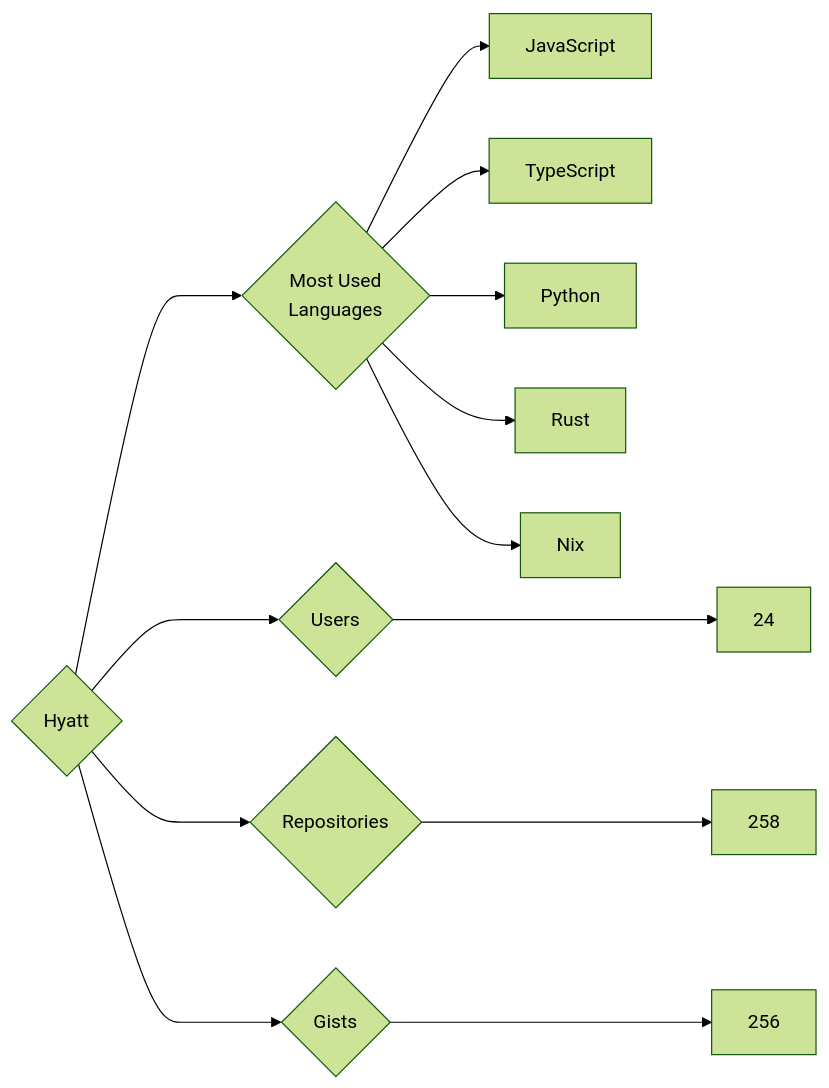
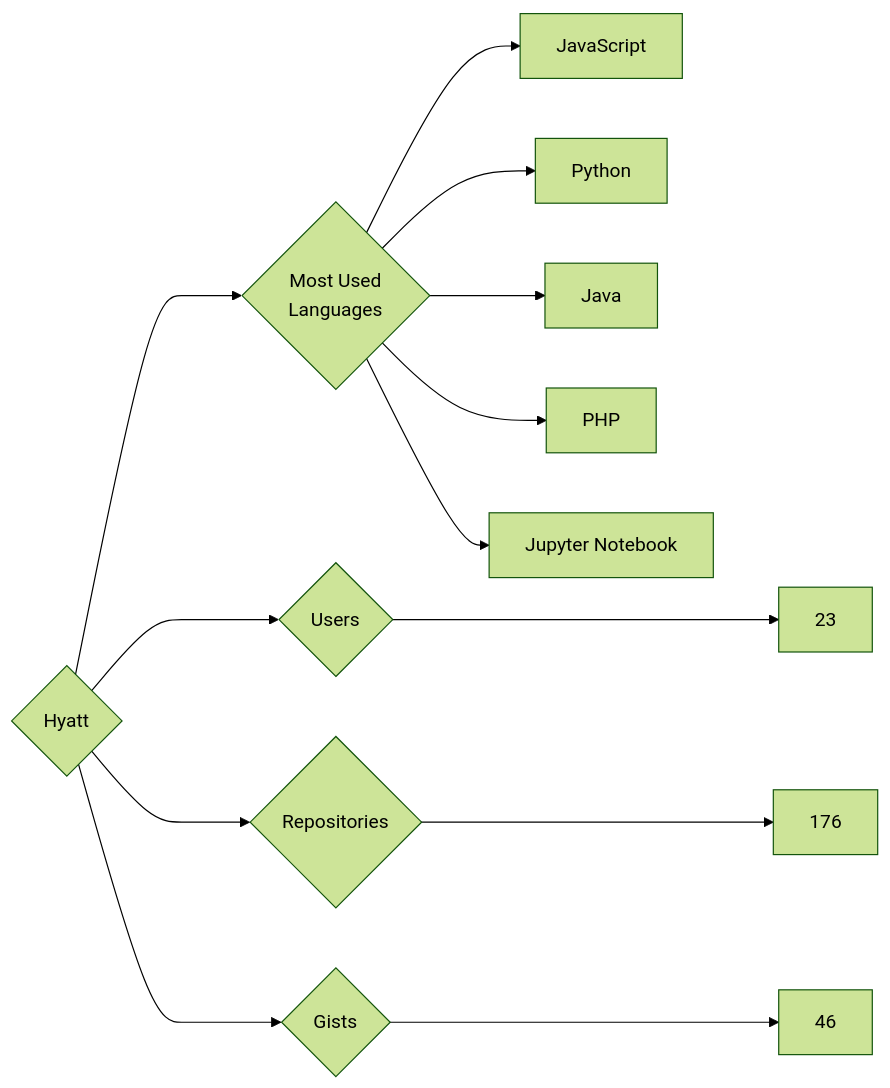
Before and after one commit to trickest/insiders: the diagram in targets/Hyatt/README.md, drawn with Mermaid (forest theme). The commit also changed 895 other files, not shown here.

````diff
--- a/targets/Hyatt/README.md
+++ b/targets/Hyatt/README.md
@@ -3,13 +3,13 @@
 ```mermaid
 graph LR
 COMPANY_NAME{Hyatt}
-COMPANY_NAME ---> U{Users} ---> UN[24]
-COMPANY_NAME ---> R{Repositories} ---> RN[258]
-COMPANY_NAME ---> G{Gists} ---> GN[256]
+COMPANY_NAME ---> U{Users} ---> UN[23]
+COMPANY_NAME ---> R{Repositories} ---> RN[176]
+COMPANY_NAME ---> G{Gists} ---> GN[46]
 COMPANY_NAME ---> ML{Most Used<br>Languages}
 ML --> JavaScript[JavaScript]
-ML --> TypeScript[TypeScript]
 ML --> Python[Python]
-ML --> Rust[Rust]
-ML --> Nix[Nix]
+ML --> Java[Java]
+ML --> PHP[PHP]
+ML --> Jupyter_Notebook[Jupyter Notebook]
 ```
````
